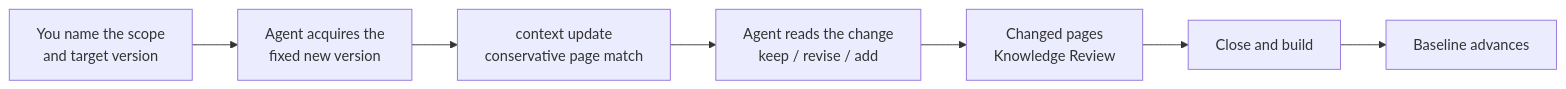
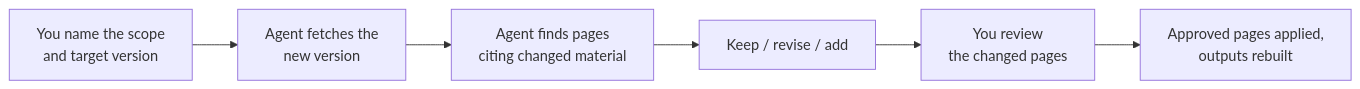
One commit to context4ai/portal changed the diagram in knowledge/sop/updates-and-versions/updating-knowledge.md. Above: the diagram before and after it, drawn with Mermaid. The commit also changed other lines of this file and 129 other files, not shown here.

````diff
--- a/knowledge/sop/updates-and-versions/updating-knowledge.md
+++ b/knowledge/sop/updates-and-versions/updating-knowledge.md
@@ -14,9 +14,8 @@
 ```mermaid
 flowchart LR
-  ask["You name the scope<br/>and target version"] --> acq["Agent acquires the<br/>fixed new version"]
-  acq --> upd["context update<br/>conservative page match"]
-  upd --> decide["Agent reads the change<br/>keep / revise / add"]
-  decide --> rev["Changed pages<br/>Knowledge Review"]
-  rev --> build["Close and build"]
-  build --> base["Baseline advances"]
+  ask["You name the scope<br/>and target version"] --> acq["Agent fetches the<br/>new version"]
+  acq --> match["Agent finds pages<br/>citing changed material"]
+  match --> decide["Keep / revise / add"]
+  decide --> rev["You review<br/>the changed pages"]
+  rev --> build["Approved pages applied,<br/>outputs rebuilt"]
 ```
````
